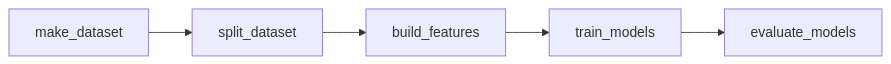
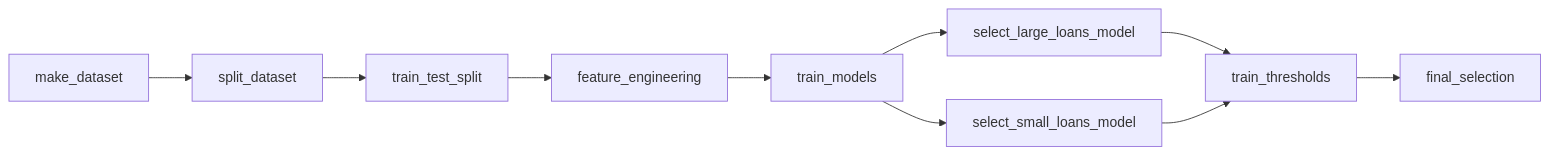
One commit to csanry/aml changed the first of 2 diagrams in README.md. Above: the diagram before and after it, drawn with Mermaid. The commit also changed other lines of this file, not shown here.

````diff
--- a/README.md
+++ b/README.md
@@ -32,4 +45,6 @@
 ```mermaid
 graph LR;    
-   make_dataset --> split_dataset --> build_features --> train_models --> evaluate_models
+   make_dataset --> split_dataset --> train_test_split --> feature_engineering --> train_models 
+   train_models --> select_large_loans_model --> train_thresholds --> final_selection
+   train_models --> select_small_loans_model --> train_thresholds 
 ```
````
